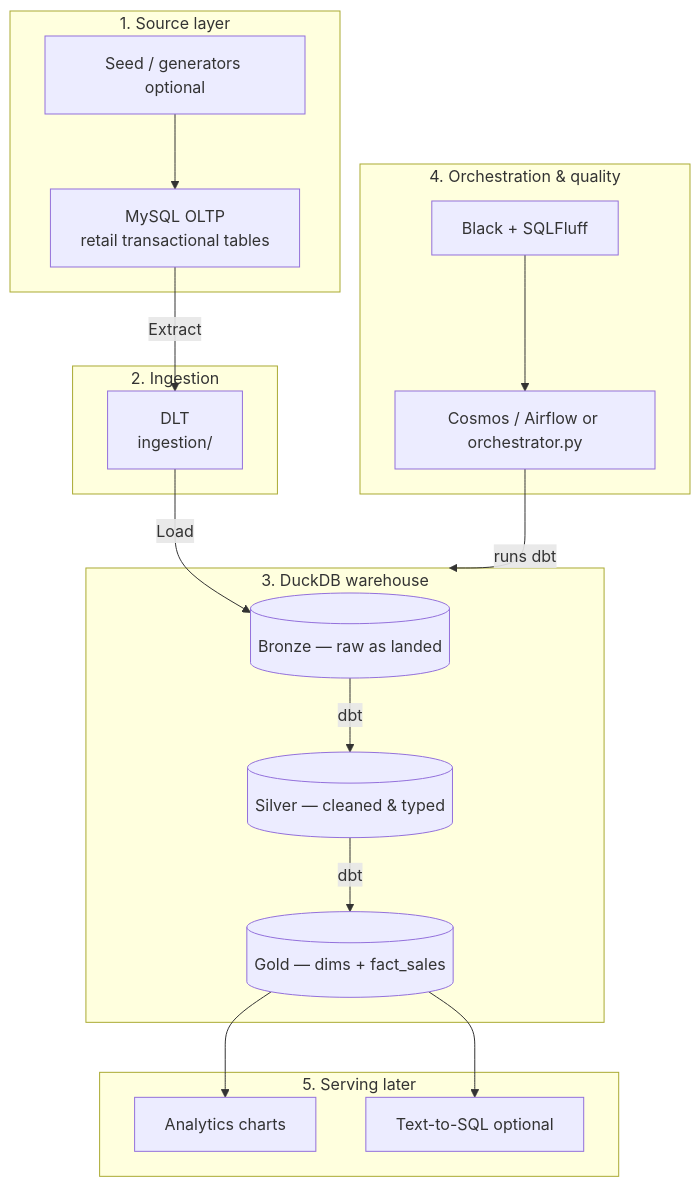
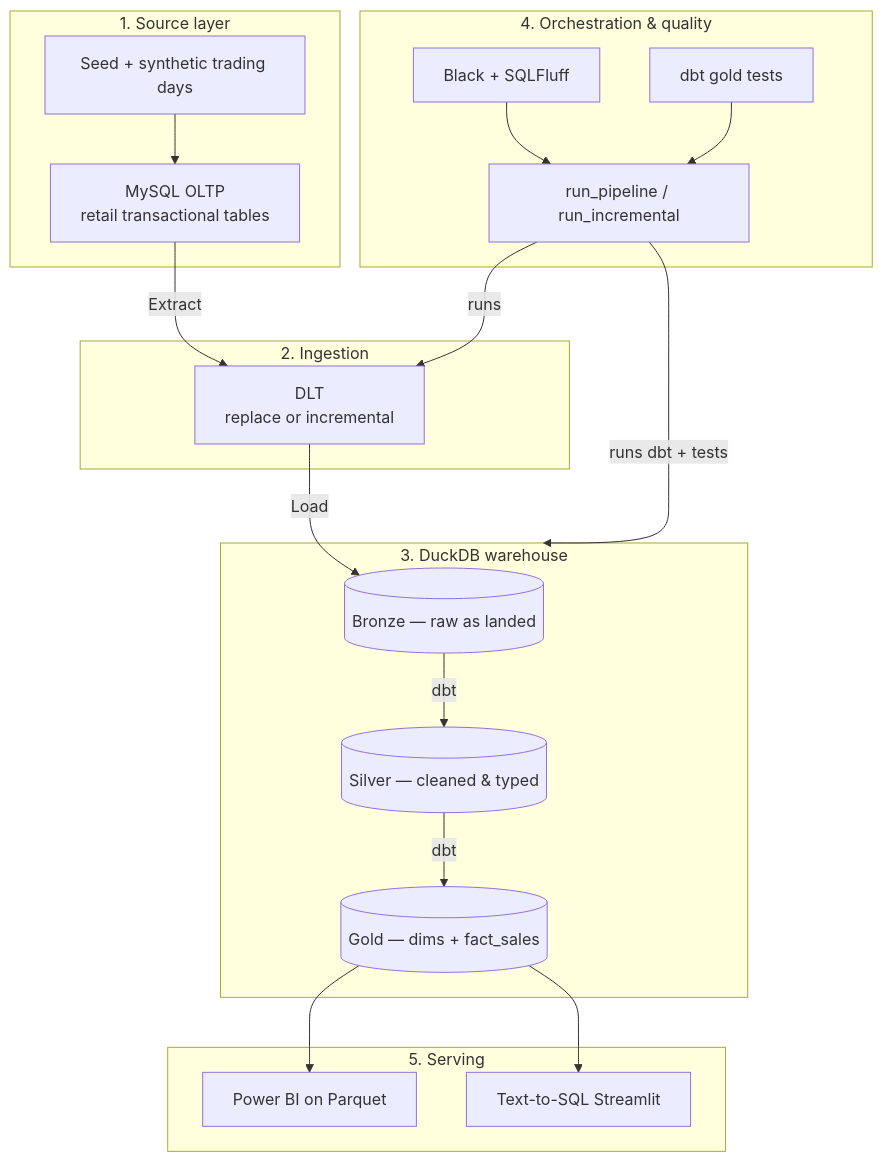
One commit to lehuukimlam/ausie-retail-reporting changed the diagram in docs/data-architecture-stack.md. Above: the diagram before and after it, drawn with Mermaid. The commit also changed other lines of this file and 2 other files, not shown here.

Commit message:
Clarify demo scale, drop Airflow, add portfolio project description.

````diff
--- a/docs/data-architecture-stack.md
+++ b/docs/data-architecture-stack.md
@@ -26,36 +29,39 @@
 ```mermaid
 flowchart TD
     subgraph DataSources ["1. Source layer"]
-        GEN["Seed / generators optional"]
+        GEN["Seed + synthetic trading days"]
         MySQL["MySQL OLTP<br/>retail transactional tables"]
         GEN --> MySQL
     end
 
     subgraph IngestionLayer ["2. Ingestion"]
-        DLT["DLT<br/>ingestion/"]
+        DLT["DLT<br/>replace or incremental"]
     end
 
     subgraph WarehouseLayer ["3. DuckDB warehouse"]
         Bronze[("Bronze — raw as landed")]
         Silver[("Silver — cleaned & typed")]
         Gold[("Gold — dims + fact_sales")]
         Bronze -->|dbt| Silver -->|dbt| Gold
     end
 
     subgraph OrchestrationLayer ["4. Orchestration & quality"]
-        Airflow["Cosmos / Airflow or orchestrator.py"]
+        Orch["run_pipeline / run_incremental"]
         Quality["Black + SQLFluff"]
+        Tests["dbt gold tests"]
     end
 
-    subgraph ServingLayer ["5. Serving later"]
-        Charts["Analytics charts"]
-        T2S["Text-to-SQL optional"]
+    subgraph ServingLayer ["5. Serving"]
+        PBI["Power BI on Parquet"]
+        T2S["Text-to-SQL Streamlit"]
     end
 
     MySQL -->|Extract| DLT
     DLT -->|Load| Bronze
-    Airflow -->|runs dbt| WarehouseLayer
-    Quality --> Airflow
-    Gold --> Charts
+    Orch -->|runs| DLT
+    Orch -->|runs dbt + tests| WarehouseLayer
+    Quality --> Orch
+    Tests --> Orch
+    Gold --> PBI
     Gold --> T2S
 ```
````
